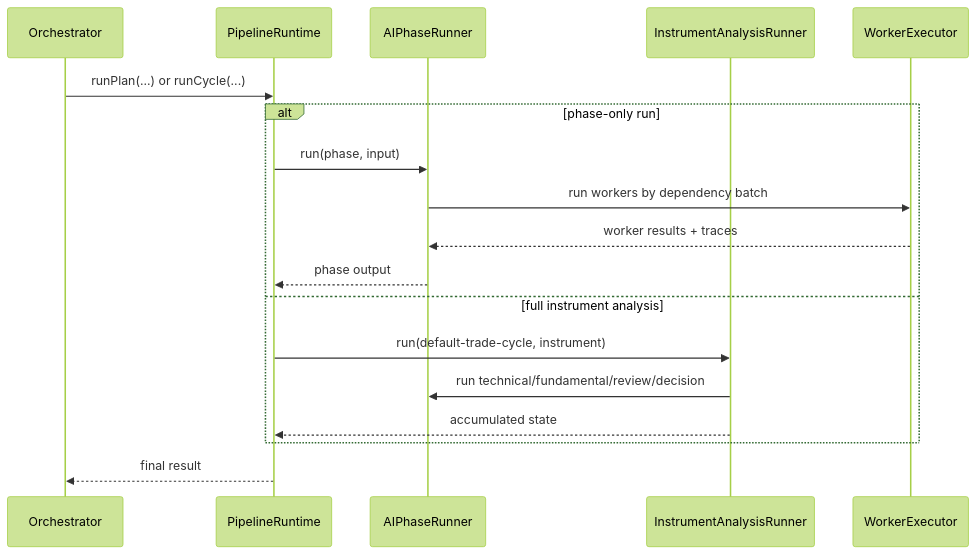
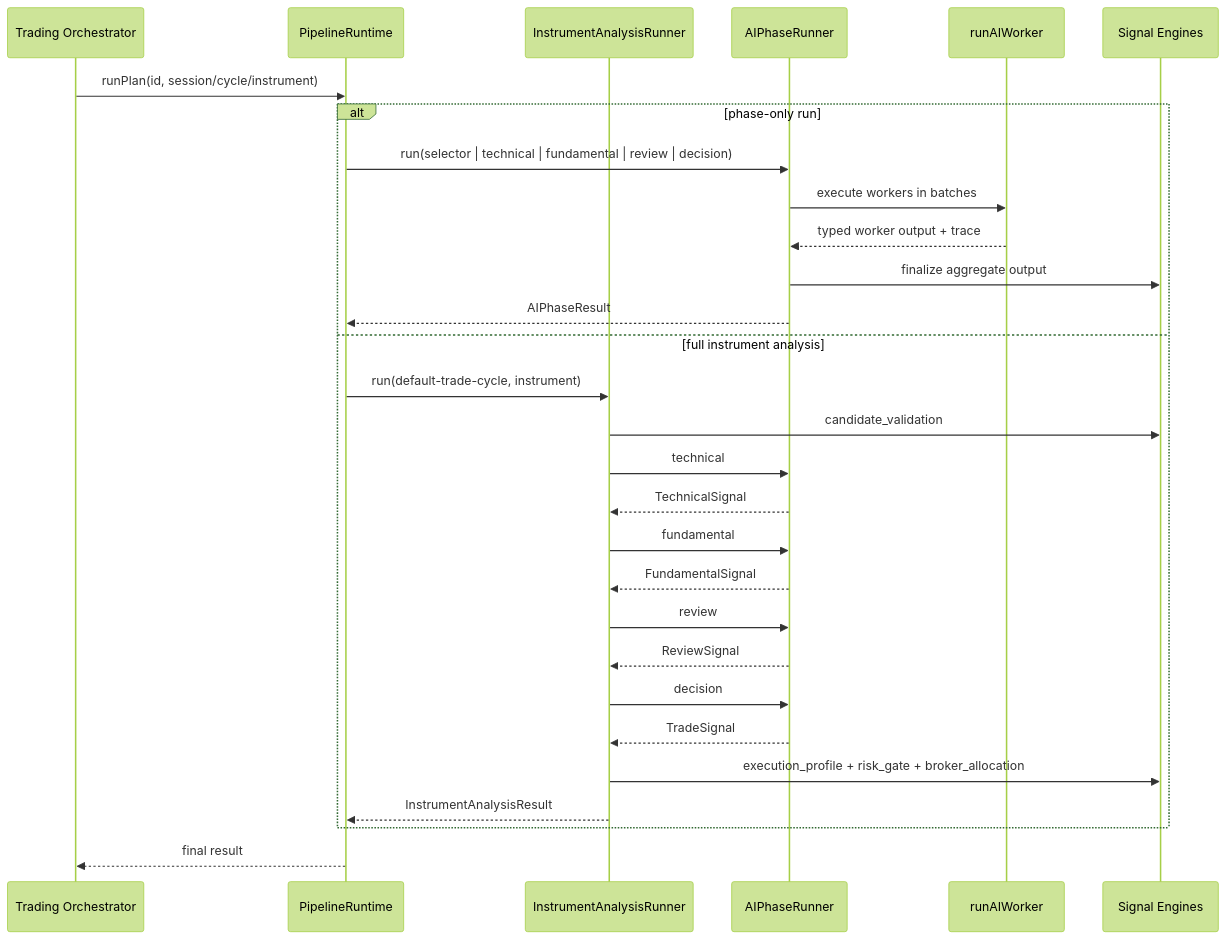
One commit to KennethAtchon/Exva changed the diagram in electron/main/services/pipeline/README.md. Above: the diagram before and after it, drawn with Mermaid (forest theme). The commit also changed other lines of this file and 40 other files, not shown here.

````diff
--- a/electron/main/services/pipeline/README.md
+++ b/electron/main/services/pipeline/README.md
@@ -15,20 +23,32 @@
 ```mermaid
 sequenceDiagram
-    participant Orchestrator
-    participant PipelineRuntime
-    participant AIPhaseRunner
-    participant InstrumentAnalysisRunner
-    participant WorkerExecutor
-    Orchestrator->>PipelineRuntime: runPlan(...) or runCycle(...)
+    participant Orchestrator as Trading Orchestrator
+    participant Runtime as PipelineRuntime
+    participant Analysis as InstrumentAnalysisRunner
+    participant Phase as AIPhaseRunner
+    participant Worker as runAIWorker
+    participant Engines as Signal Engines
+
+    Orchestrator->>Runtime: runPlan(id, session/cycle/instrument)
     alt phase-only run
-        PipelineRuntime->>AIPhaseRunner: run(phase, input)
-        AIPhaseRunner->>WorkerExecutor: run workers by dependency batch
-        WorkerExecutor-->>AIPhaseRunner: worker results + traces
-        AIPhaseRunner-->>PipelineRuntime: phase output
+        Runtime->>Phase: run(selector | technical | fundamental | review | decision)
+        Phase->>Worker: execute workers in batches
+        Worker-->>Phase: typed worker output + trace
+        Phase->>Engines: finalize aggregate output
+        Phase-->>Runtime: AIPhaseResult
     else full instrument analysis
-        PipelineRuntime->>InstrumentAnalysisRunner: run(default-trade-cycle, instrument)
-        InstrumentAnalysisRunner->>AIPhaseRunner: run technical/fundamental/review/decision
-        InstrumentAnalysisRunner-->>PipelineRuntime: accumulated state
+        Runtime->>Analysis: run(default-trade-cycle, instrument)
+        Analysis->>Engines: candidate_validation
+        Analysis->>Phase: technical
+        Phase-->>Analysis: TechnicalSignal
+        Analysis->>Phase: fundamental
+        Phase-->>Analysis: FundamentalSignal
+        Analysis->>Phase: review
+        Phase-->>Analysis: ReviewSignal
+        Analysis->>Phase: decision
+        Phase-->>Analysis: TradeSignal
+        Analysis->>Engines: execution_profile + risk_gate + broker_allocation
+        Analysis-->>Runtime: InstrumentAnalysisResult
     end
-    PipelineRuntime-->>Orchestrator: final result
+    Runtime-->>Orchestrator: final result
 ```
````
